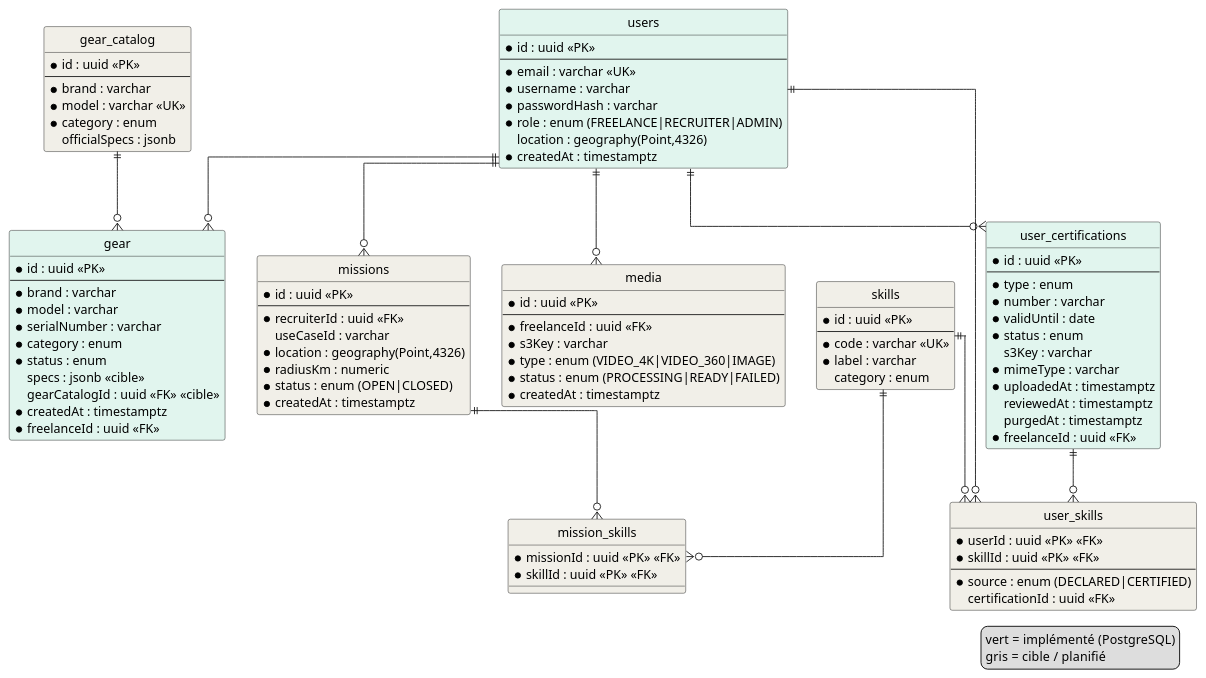
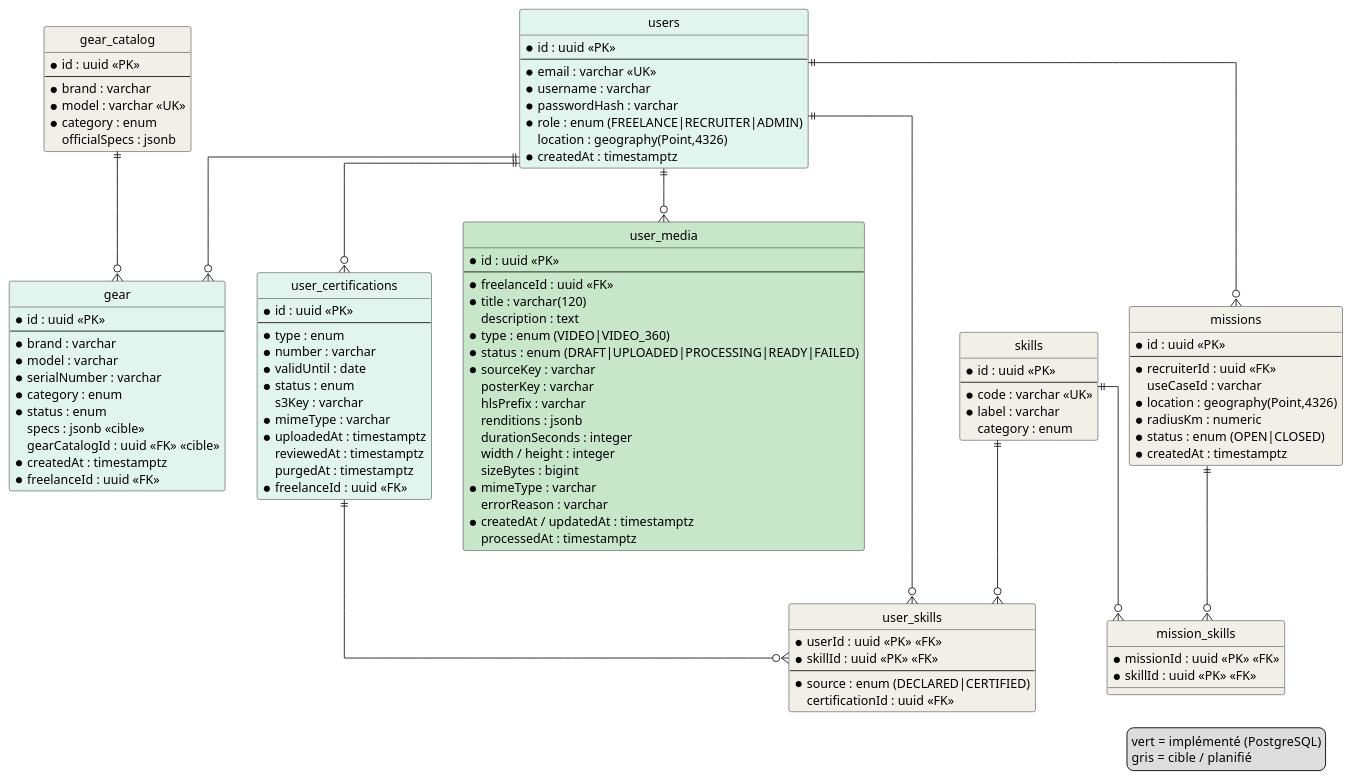
The diagram in docs/conception/MLD-skillhunt.puml (alixsanta/skillhunt), drawn with PlantUML before and after one commit. The commit also changed 6 other files, not shown here.

```diff
--- a/docs/conception/MLD-skillhunt.puml
+++ b/docs/conception/MLD-skillhunt.puml
@@ -1,108 +1,118 @@
 @startuml MLD_SkillHunt
 hide circle
 skinparam linetype ortho
 skinparam shadowing false
 
 ' ===== IMPLÉMENTÉ (PostgreSQL) =====
 entity "users" as users #E1F5EE {
   * id : uuid <<PK>>
   --
   * email : varchar <<UK>>
   * username : varchar
   * passwordHash : varchar
   * role : enum (FREELANCE|RECRUITER|ADMIN)
   location : geography(Point,4326)
   * createdAt : timestamptz
 }
 entity "gear" as gear #E1F5EE {
   * id : uuid <<PK>>
   --
   * brand : varchar
   * model : varchar
   * serialNumber : varchar
   * category : enum
   * status : enum
   specs : jsonb <<cible>>
   gearCatalogId : uuid <<FK>> <<cible>>
   * createdAt : timestamptz
   * freelanceId : uuid <<FK>>
 }
 entity "user_certifications" as cert #E1F5EE {
   * id : uuid <<PK>>
   --
   * type : enum
   * number : varchar
   * validUntil : date
   * status : enum
   s3Key : varchar
   * mimeType : varchar
   * uploadedAt : timestamptz
   reviewedAt : timestamptz
   purgedAt : timestamptz
   * freelanceId : uuid <<FK>>
 }
+entity "user_media" as media #C8E6C9 {
+  * id : uuid <<PK>>
+  --
+  * freelanceId : uuid <<FK>>
+  * title : varchar(120)
+  description : text
+  * type : enum (VIDEO|VIDEO_360)
+  * status : enum (DRAFT|UPLOADED|PROCESSING|READY|FAILED)
+  * sourceKey : varchar
+  posterKey : varchar
+  hlsPrefix : varchar
+  renditions : jsonb
+  durationSeconds : integer
+  width / height : integer
+  sizeBytes : bigint
+  * mimeType : varchar
+  errorReason : varchar
+  * createdAt / updatedAt : timestamptz
+  processedAt : timestamptz
+}
 
 ' ===== CIBLE (à implémenter) =====
 entity "gear_catalog" as gcat #F1EFE8 {
   * id : uuid <<PK>>
   --
   * brand : varchar
   * model : varchar <<UK>>
   * category : enum
   officialSpecs : jsonb
 }
 entity "skills" as skills #F1EFE8 {
   * id : uuid <<PK>>
   --
   * code : varchar <<UK>>
   * label : varchar
   category : enum
 }
 entity "user_skills" as uskills #F1EFE8 {
   * userId : uuid <<PK>> <<FK>>
   * skillId : uuid <<PK>> <<FK>>
   --
   * source : enum (DECLARED|CERTIFIED)
   certificationId : uuid <<FK>>
 }
 entity "missions" as missions #F1EFE8 {
   * id : uuid <<PK>>
   --
   * recruiterId : uuid <<FK>>
   useCaseId : varchar
   * location : geography(Point,4326)
   * radiusKm : numeric
   * status : enum (OPEN|CLOSED)
   * createdAt : timestamptz
 }
 entity "mission_skills" as mskills #F1EFE8 {
   * missionId : uuid <<PK>> <<FK>>
   * skillId : uuid <<PK>> <<FK>>
 }
-entity "media" as media #F1EFE8 {
-  * id : uuid <<PK>>
-  --
-  * freelanceId : uuid <<FK>>
-  * s3Key : varchar
-  * type : enum (VIDEO_4K|VIDEO_360|IMAGE)
-  * status : enum (PROCESSING|READY|FAILED)
-  * createdAt : timestamptz
-}
-
 ' ===== Relations (crow's foot) =====
 users ||--o{ gear
 users ||--o{ cert
 users ||--o{ missions
 users ||--o{ media
 users ||--o{ uskills
 skills ||--o{ uskills
 cert ||--o{ uskills
 missions ||--o{ mskills
 skills ||--o{ mskills
 gcat ||--o{ gear
 
 legend right
   vert  = implémenté (PostgreSQL)
   gris  = cible / planifié
 endlegend
 @enduml
```
